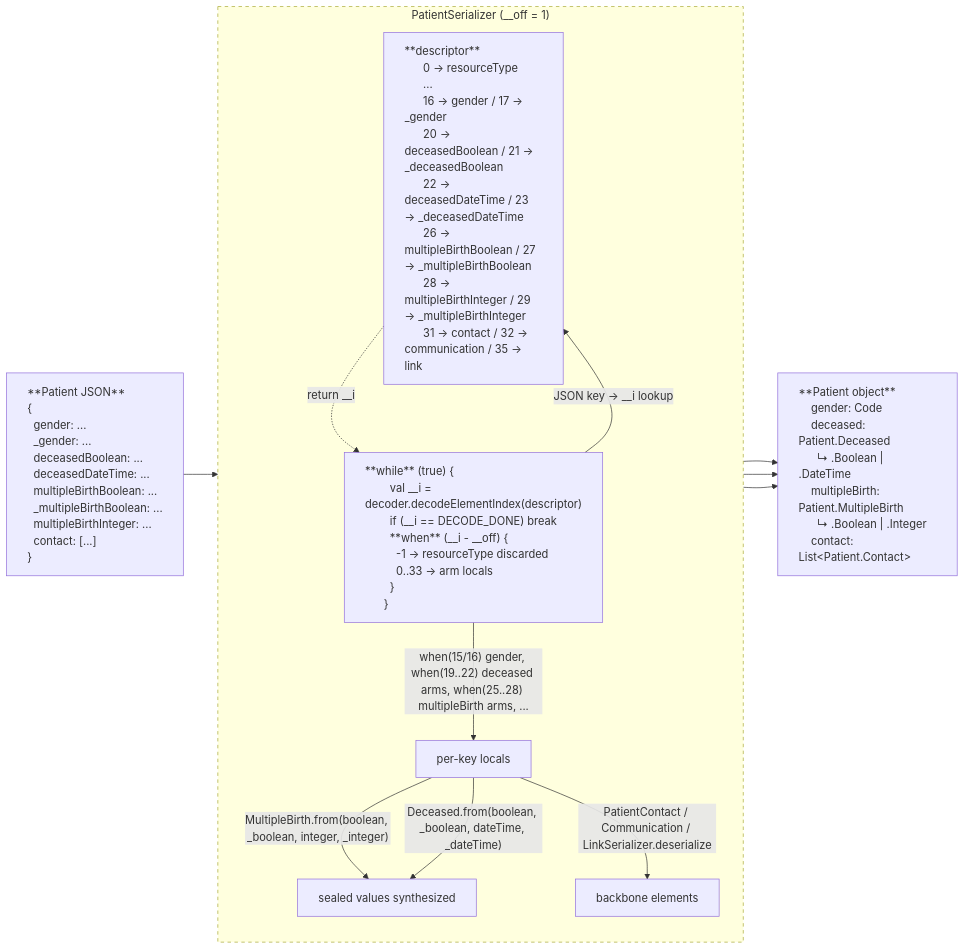
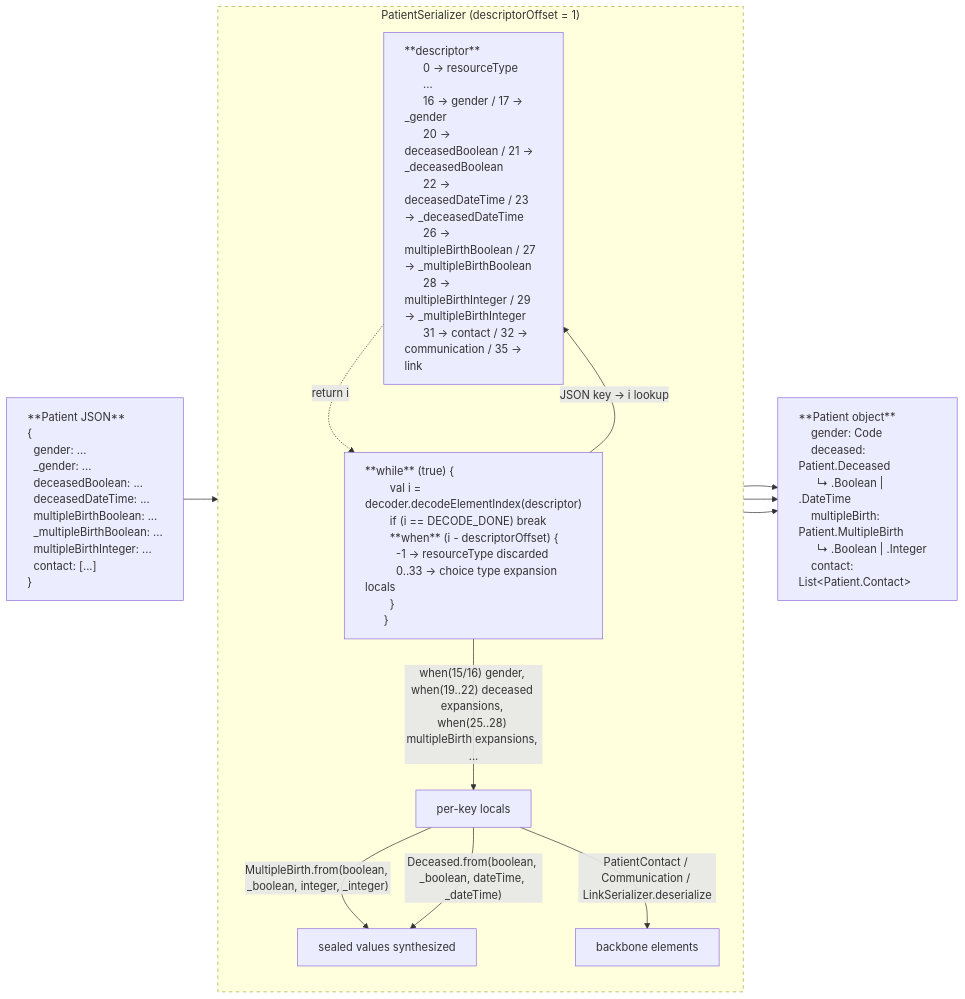
Before and after one commit to ohs-foundation/kotlin-fhir: the second of 3 diagrams in README.md, drawn with Mermaid. The commit also changed other lines of this file and 572 other files, not shown here.

Commit message:
* rename 'arm' to 'expansion' (choiceTypeExpansion) * rename serializeJson to serializeInternal (no longer json specific) * rename __off to "descriptorOffset" (should never collide) * val  __desc = descriptor isnt really needed * __i -> i (should never collide)

````diff
--- a/README.md
+++ b/README.md
@@ -278,63 +280,63 @@
 ```mermaid
 graph LR
     A["**Patient JSON**
     {
     #nbsp;#nbsp;gender: ...
     #nbsp;#nbsp;_gender: ...
     #nbsp;#nbsp;deceasedBoolean: ...
     #nbsp;#nbsp;deceasedDateTime: ...
     #nbsp;#nbsp;multipleBirthBoolean: ...
     #nbsp;#nbsp;_multipleBirthBoolean: ...
     #nbsp;#nbsp;multipleBirthInteger: ...
     #nbsp;#nbsp;contact: [...]
     }
     "]
     E["**Patient object**
     gender: Code
     deceased: Patient.Deceased
     #nbsp;#nbsp;↳ .Boolean | .DateTime
     multipleBirth: Patient.MultipleBirth
     #nbsp;#nbsp;↳ .Boolean | .Integer
     contact: List&lt;Patient.Contact&gt;
     "]
 
-    subgraph PS["PatientSerializer  (__off = 1)"]
+    subgraph PS["PatientSerializer  (descriptorOffset = 1)"]
       direction TB
       Desc["**descriptor**
       0 → resourceType
       ... 
       16 → gender / 17 → _gender
       20 → deceasedBoolean / 21 → _deceasedBoolean
       22 → deceasedDateTime / 23 → _deceasedDateTime
       26 → multipleBirthBoolean / 27 → _multipleBirthBoolean
       28 → multipleBirthInteger / 29 → _multipleBirthInteger
       31 → contact / 32 → communication / 35 → link"]
 
       Loop["**while** (true) {
-      #nbsp;#nbsp;val __i = decoder.decodeElementIndex(descriptor)
-      #nbsp;#nbsp;if (__i == DECODE_DONE) break
-      #nbsp;#nbsp;**when** (__i - __off) {
+      #nbsp;#nbsp;val i = decoder.decodeElementIndex(descriptor)
+      #nbsp;#nbsp;if (i == DECODE_DONE) break
+      #nbsp;#nbsp;**when** (i - descriptorOffset) {
       #nbsp;#nbsp;#nbsp;#nbsp;-1 → resourceType discarded
-      #nbsp;#nbsp;#nbsp;#nbsp;0..33 → arm locals
+      #nbsp;#nbsp;#nbsp;#nbsp;0..33 → choice type expansion locals
       #nbsp;#nbsp;}
       }"]
 
-      Loop -- "JSON key → __i lookup" --> Desc
-      Desc -. "return __i" .-> Loop
-      Loop -- "when(15/16) gender, when(19..22) deceased arms, when(25..28) multipleBirth arms, ..." --> Locals[per-key locals]
+      Loop -- "JSON key → i lookup" --> Desc
+      Desc -. "return i" .-> Loop
+      Loop -- "when(15/16) gender, when(19..22) deceased expansions, when(25..28) multipleBirth expansions, ..." --> Locals[per-key locals]
       Locals -- "MultipleBirth.from(boolean, _boolean, integer, _integer)" --> Seal[sealed values synthesized]
       Locals -- "Deceased.from(boolean, _boolean, dateTime, _dateTime)" --> Seal
       Locals -- "PatientContact / Communication / LinkSerializer.deserialize" --> BB[backbone elements]
     end
 
     A --> PS
     Seal --> E
     BB --> E
     Locals --> E
 
     style A text-align:left
     style E text-align:left
     style Desc text-align:left
     style Loop text-align:left
     style PS stroke-dasharray: 5 5
 ```
````
